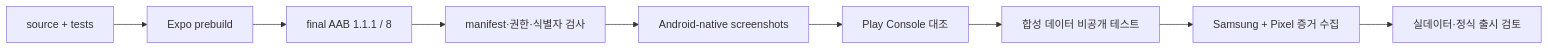
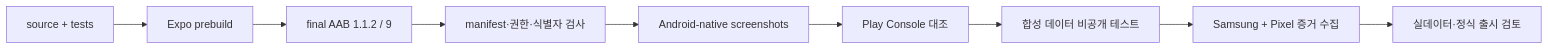
Before and after one commit to sinmb79/careguardian-ai: the diagram in docs/mobile-delivery.md, drawn with Mermaid. The commit also changed other lines of this file and 11 other files, not shown here.

````diff
--- a/docs/mobile-delivery.md
+++ b/docs/mobile-delivery.md
@@ -16,11 +16,11 @@
 ```mermaid
 flowchart LR
   Source["source + tests"] --> Prebuild["Expo prebuild"]
-  Prebuild --> AAB["final AAB 1.1.1 / 8"]
+  Prebuild --> AAB["final AAB 1.1.2 / 9"]
   AAB --> Static["manifest·권한·식별자 검사"]
   Static --> Assets["Android-native screenshots"]
   Assets --> Console["Play Console 대조"]
   Console --> Closed["합성 데이터 비공개 테스트"]
   Closed --> Device["Samsung + Pixel 증거 수집"]
   Device --> Release["실데이터·정식 출시 검토"]
 ```
````
